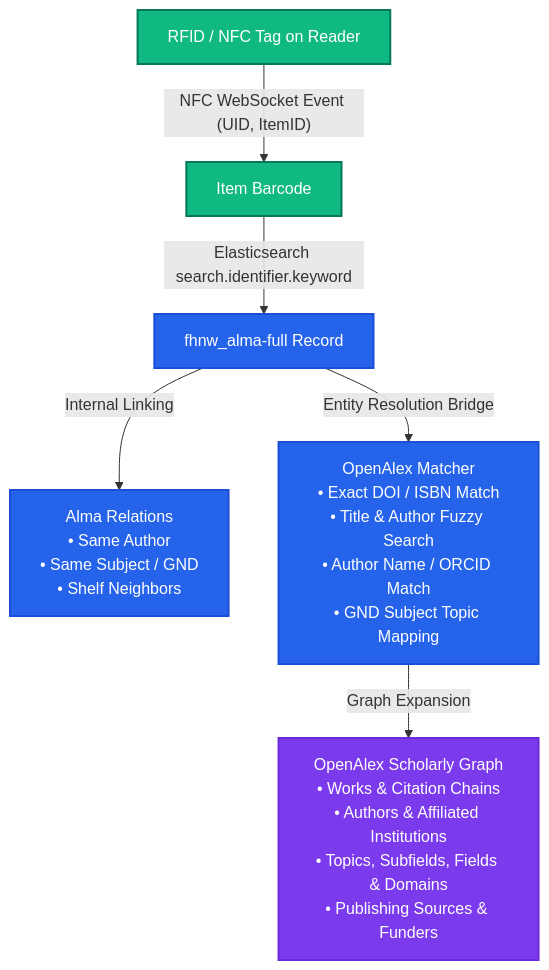
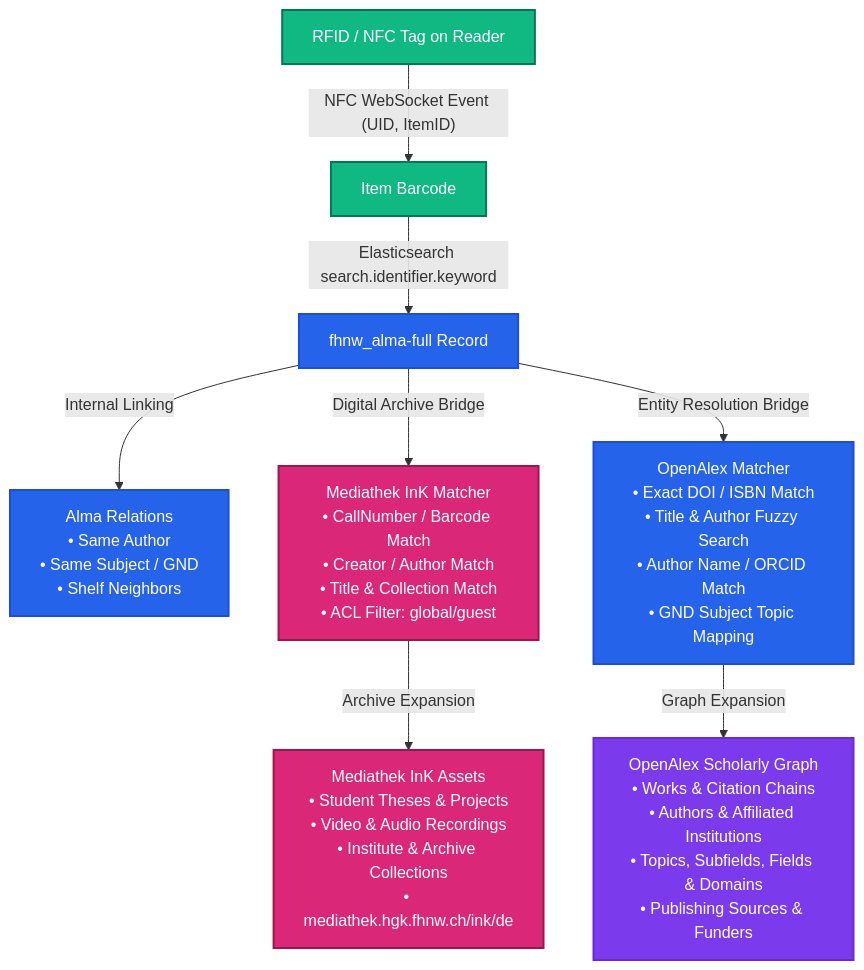
One commit to je4/Library-RFID-Dataspace changed the first of 3 diagrams in docs/entity-relationships-and-linking.md. Above: the diagram before and after it, drawn with Mermaid. The commit also changed 24 other files, not shown here.

Commit message:
Add InK repository links to Dataspace knowledge graph

````diff
--- a/docs/entity-relationships-and-linking.md
+++ b/docs/entity-relationships-and-linking.md
@@ -9,17 +9,21 @@
 ```mermaid
 flowchart TD
     NFC["RFID / NFC Tag on Reader"] -->|"NFC WebSocket Event (UID, ItemID)"| Barcode["Item Barcode"]
     Barcode -->|"Elasticsearch search.identifier.keyword"| Alma["fhnw_alma-full Record"]
     
     Alma -->|"Internal Linking"| AlmaRel["Alma Relations<br/>• Same Author<br/>• Same Subject / GND<br/>• Shelf Neighbors"]
+    Alma -->|"Digital Archive Bridge"| InkBridge["Mediathek InK Matcher<br/>• CallNumber / Barcode Match<br/>• Creator / Author Match<br/>• Title & Collection Match<br/>• ACL Filter: global/guest"]
     Alma -->|"Entity Resolution Bridge"| Bridge["OpenAlex Matcher<br/>• Exact DOI / ISBN Match<br/>• Title & Author Fuzzy Search<br/>• Author Name / ORCID Match<br/>• GND Subject Topic Mapping"]
     
+    InkBridge -->|"Archive Expansion"| InkGraph["Mediathek InK Assets<br/>• Student Theses & Projects<br/>• Video & Audio Recordings<br/>• Institute & Archive Collections<br/>• mediathek.hgk.fhnw.ch/ink/de"]
     Bridge -->|"Graph Expansion"| OAGraph["OpenAlex Scholarly Graph<br/>• Works & Citation Chains<br/>• Authors & Affiliated Institutions<br/>• Topics, Subfields, Fields & Domains<br/>• Publishing Sources & Funders"]
 
     classDef accent fill:#2563eb,stroke:#1d4ed8,stroke-width:2px,color:#ffffff;
+    classDef inkAccent fill:#db2777,stroke:#9d174d,stroke-width:2px,color:#ffffff;
     classDef highlight fill:#10b981,stroke:#047857,stroke-width:2px,color:#ffffff;
     classDef oaGraph fill:#7c3aed,stroke:#6d28d9,stroke-width:2px,color:#ffffff;
     class NFC,Barcode highlight;
     class Alma,AlmaRel,Bridge accent;
+    class InkBridge,InkGraph inkAccent;
     class OAGraph oaGraph;
 ```
````
